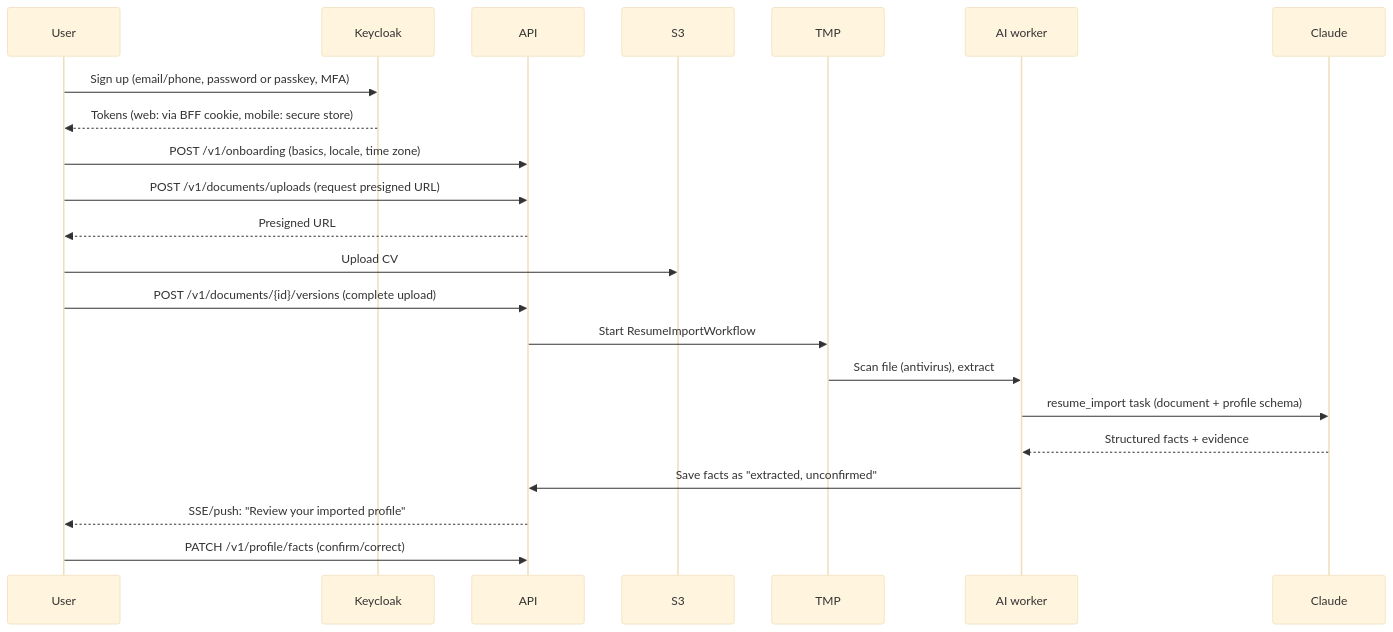
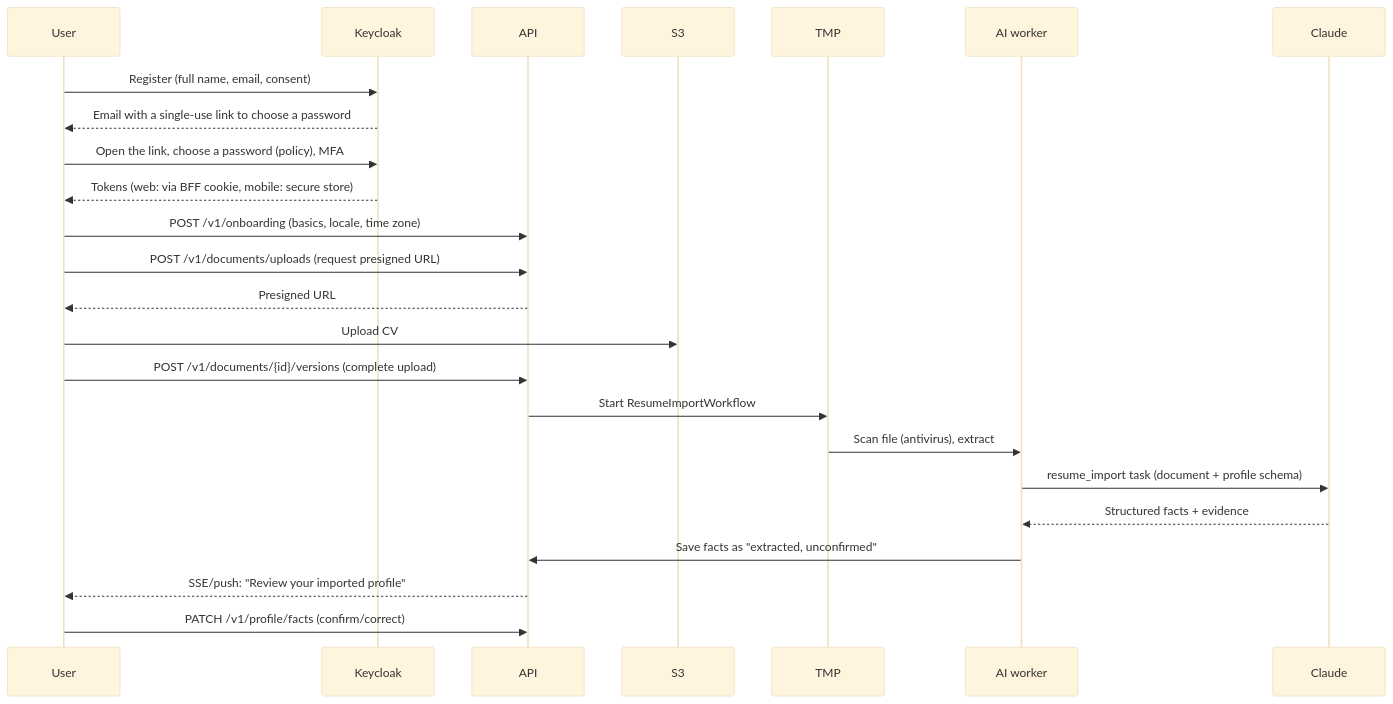
One commit to saidul-islam-rajib/CareerPilot changed the first of 14 diagrams in Planning/Design/08-Sequence-Flows.md. Above: the diagram before and after it, drawn with Mermaid (base theme). The commit also changed 13 other files, not shown here.

Commit message:
Spec email link registration

````diff
--- a/Planning/Design/08-Sequence-Flows.md
+++ b/Planning/Design/08-Sequence-Flows.md
@@ -7,24 +7,26 @@
 ```mermaid
 sequenceDiagram
   participant U as User
   participant IdP as Keycloak
   participant API
   participant S3
   participant TMP
   participant W as AI worker
   participant AI as Claude
-  U->>IdP: Sign up (email/phone, password or passkey, MFA)
+  U->>IdP: Register (full name, email, consent)
+  IdP-->>U: Email with a single-use link to choose a password
+  U->>IdP: Open the link, choose a password (policy), MFA
   IdP-->>U: Tokens (web: via BFF cookie, mobile: secure store)
   U->>API: POST /v1/onboarding (basics, locale, time zone)
   U->>API: POST /v1/documents/uploads (request presigned URL)
   API-->>U: Presigned URL
   U->>S3: Upload CV
   U->>API: POST /v1/documents/{id}/versions (complete upload)
   API->>TMP: Start ResumeImportWorkflow
   TMP->>W: Scan file (antivirus), extract
   W->>AI: resume_import task (document + profile schema)
   AI-->>W: Structured facts + evidence
   W->>API: Save facts as "extracted, unconfirmed"
   API-->>U: SSE/push: "Review your imported profile"
   U->>API: PATCH /v1/profile/facts (confirm/correct)
 ```
````
